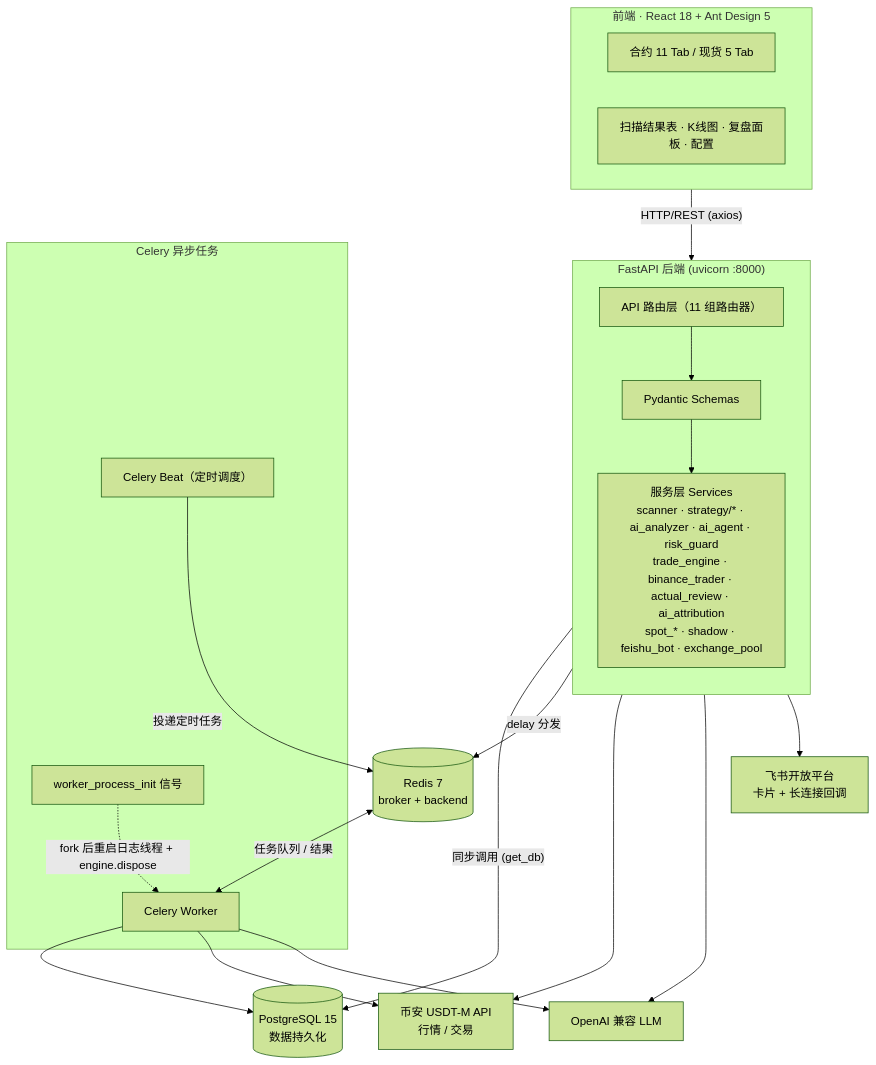
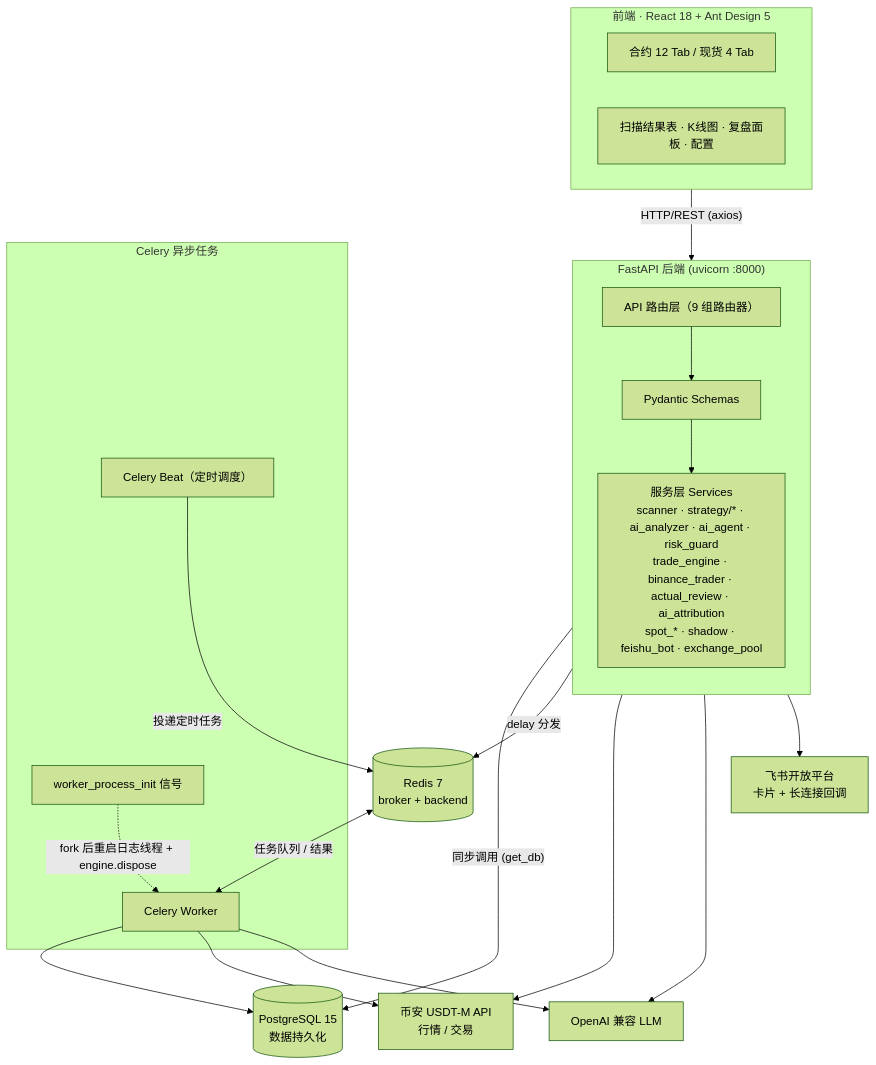
Before and after one commit to wwei-github/trading-workbench: the first of 13 diagrams in frontend/src/assets/CODE_WIKI.md, drawn with Mermaid (forest theme). The commit also changed other lines of this file and 47 other files, not shown here.

````diff
--- a/frontend/src/assets/CODE_WIKI.md
+++ b/frontend/src/assets/CODE_WIKI.md
@@ -73,40 +73,40 @@
 ```mermaid
 flowchart TB
     subgraph FE["前端 · React 18 + Ant Design 5"]
-        FE1["合约 11 Tab / 现货 5 Tab"]
+        FE1["合约 12 Tab / 现货 4 Tab"]
         FE2["扫描结果表 · K线图 · 复盘面板 · 配置"]
     end
 
     subgraph BE["FastAPI 后端 (uvicorn :8000)"]
         direction TB
-        API["API 路由层（11 组路由器）"]
+        API["API 路由层（9 组路由器）"]
         SCHEMA["Pydantic Schemas"]
         SVC["服务层 Services<br/>scanner · strategy/* · ai_analyzer · ai_agent · risk_guard<br/>trade_engine · binance_trader · actual_review · ai_attribution<br/>spot_* · shadow · feishu_bot · exchange_pool"]
         API --> SCHEMA --> SVC
     end
 
     subgraph WORKER["Celery 异步任务"]
         WSVC["worker_process_init 信号"]
         CW["Celery Worker"]
         CB["Celery Beat（定时调度）"]
     end
 
     DB[("PostgreSQL 15<br/>数据持久化")]
     REDIS[("Redis 7<br/>broker + backend")]
     EXT1["币安 USDT-M API<br/>行情 / 交易"]
     EXT2["OpenAI 兼容 LLM"]
     EXT3["飞书开放平台<br/>卡片 + 长连接回调"]
 
     FE -->|"HTTP/REST (axios)"| API
     SVC -->|"同步调用 (get_db)"| DB
     SVC -->|"delay 分发"| REDIS
     REDIS <-->|"任务队列 / 结果"| CW
     CB -->|"投递定时任务"| REDIS
     CW --> DB
     SVC --> EXT1
     CW --> EXT1
     SVC --> EXT2
     CW --> EXT2
     SVC --> EXT3
     WSVC -.->|"fork 后重启日志线程 + engine.dispose"| CW
 ```
````
